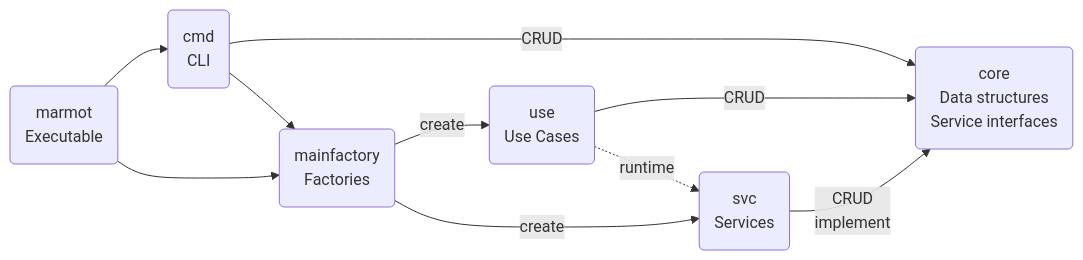
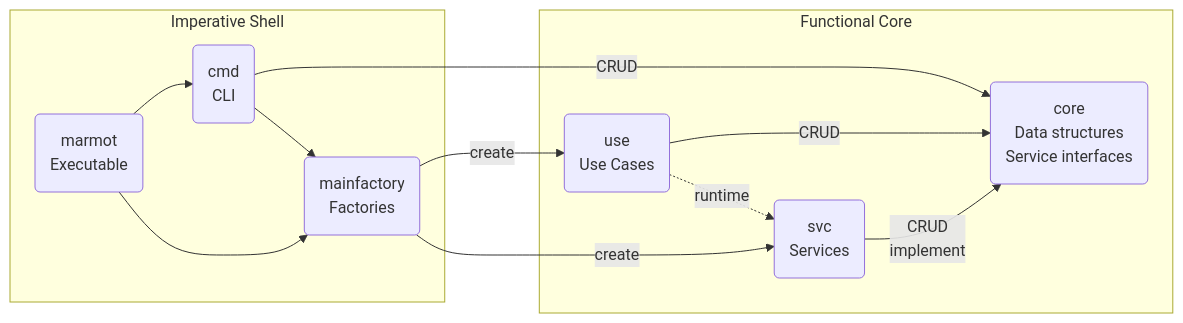
Before and after one commit to kkrull/marmot: the first of 3 diagrams in doc/decisions.md, drawn with Mermaid. The commit also changed other lines of this file, not shown here.

Commit message:
Distinguish core and shell

````diff
--- a/doc/decisions.md
+++ b/doc/decisions.md
@@ -169,24 +169,28 @@
 ```mermaid
 graph LR
 
 %% Core and dependencies
-core(core<br/>Data structures<br/>Service interfaces)
-svc(svc<br/>Services)
-use(use<br/>Use Cases)
+subgraph FunctionalCore [Functional Core]
+  core(core<br/>Data structures<br/>Service interfaces)
+  svc(svc<br/>Services)
+  use(use<br/>Use Cases)
 
-svc -->|CRUD<br/>implement| core
-use -->|CRUD| core
-use -.->|runtime| svc
+  svc -->|CRUD<br/>implement| core
+  use -->|CRUD| core
+  use -.->|runtime| svc
+end
 
 %% Main program
-cmd(cmd<br/>CLI)
-mainfactory(mainfactory<br/>Factories)
-marmot(marmot<br/>Executable)
+subgraph ImperativeShell [Imperative Shell]
+  cmd(cmd<br/>CLI)
+  mainfactory(mainfactory<br/>Factories)
+  marmot(marmot<br/>Executable)
 
-cmd -->|CRUD| core
-cmd --> mainfactory
-mainfactory -->|create| use
-mainfactory -->|create| svc
-marmot --> cmd
-marmot --> mainfactory
+  cmd -->|CRUD| core
+  cmd --> mainfactory
+  mainfactory -->|create| use
+  mainfactory -->|create| svc
+  marmot --> cmd
+  marmot --> mainfactory
+end
 ```
````
